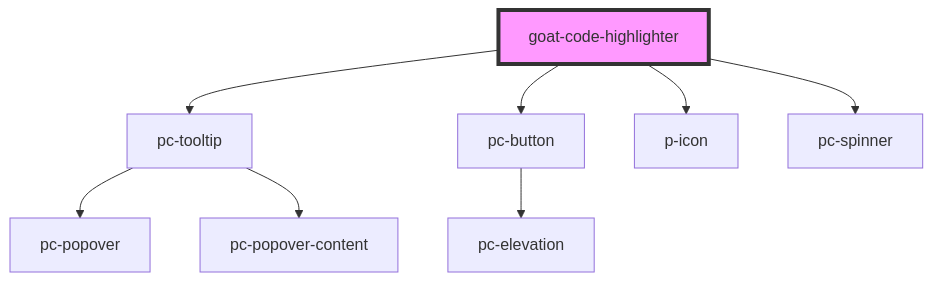
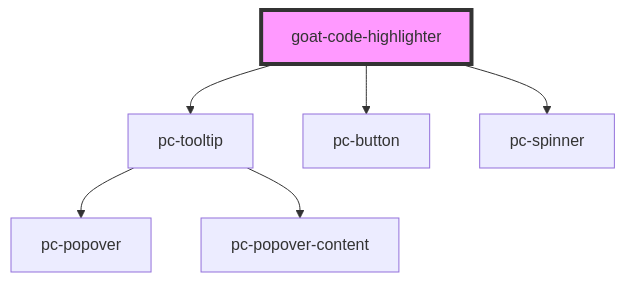
One commit to redvars/peacock changed the diagram in src/components/application/code-highlighter/readme.md. Above: the diagram before and after it, drawn with Mermaid. The commit also changed other lines of this file and 135 other files, not shown here.

````diff
--- a/src/components/application/code-highlighter/readme.md
+++ b/src/components/application/code-highlighter/readme.md
@@ -30,11 +29,9 @@
 ```mermaid
 graph TD;
   goat-code-highlighter --> pc-tooltip
   goat-code-highlighter --> pc-button
-  goat-code-highlighter --> p-icon
   goat-code-highlighter --> pc-spinner
   pc-tooltip --> pc-popover
   pc-tooltip --> pc-popover-content
-  pc-button --> pc-elevation
   style goat-code-highlighter fill:#f9f,stroke:#333,stroke-width:4px
 ```
````
